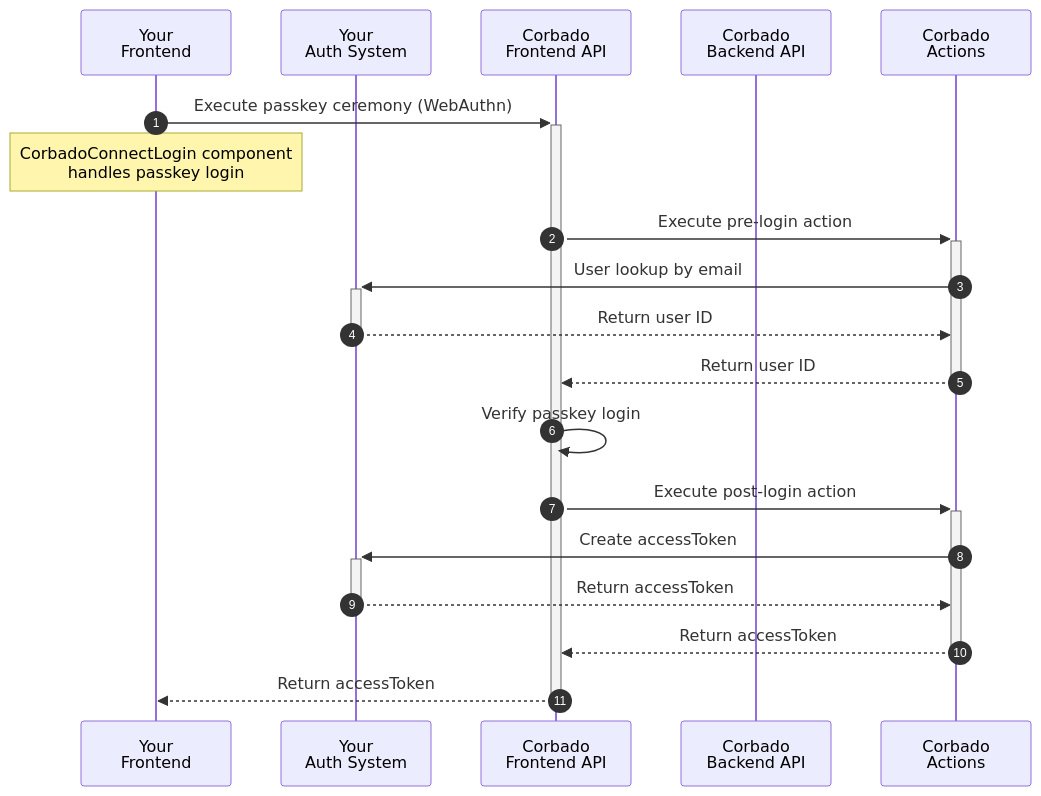
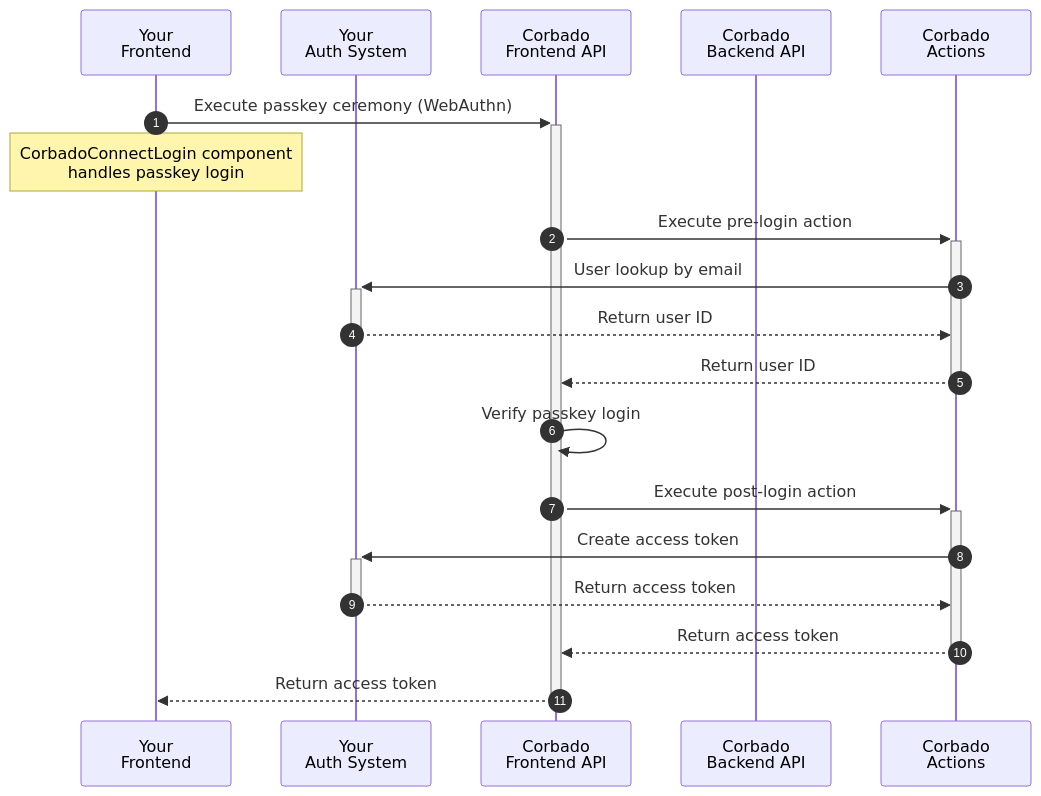
One commit to corbadotech/docs changed the fourth of 4 diagrams in corbado-connect/integration/generic/web.mdx. Above: the diagram before and after it, drawn with Mermaid. The commit also changed other lines of this file and 2 other files, not shown here.

Commit message:
Rename access token to access token

````diff
--- a/corbado-connect/integration/generic/web.mdx
+++ b/corbado-connect/integration/generic/web.mdx
@@ -350,22 +350,22 @@
 ```mermaid
 sequenceDiagram
     autonumber
     participant Frontend as Your<br/>Frontend
     participant IdP as Your<br/>Auth System
     participant FAPI as Corbado<br/>Frontend API
     participant BAPI as Corbado<br/>Backend API
     participant Actions as Corbado<br/>Actions
 
     Frontend->>+FAPI: Execute passkey ceremony (WebAuthn)
     Note over Frontend: CorbadoConnectLogin component<br/>handles passkey login
     FAPI->>+Actions: Execute pre-login action
     Actions->>+IdP: User lookup by email
     IdP-->>-Actions: Return user ID
     Actions-->>-FAPI: Return user ID
     FAPI->>FAPI: Verify passkey login
     FAPI->>+Actions: Execute post-login action
-    Actions->>+IdP: Create accessToken
-    IdP-->>-Actions: Return accessToken
-    Actions-->>-FAPI: Return accessToken
-    FAPI-->>-Frontend: Return accessToken
+    Actions->>+IdP: Create access token
+    IdP-->>-Actions: Return access token
+    Actions-->>-FAPI: Return access token
+    FAPI-->>-Frontend: Return access token
 ```
````
